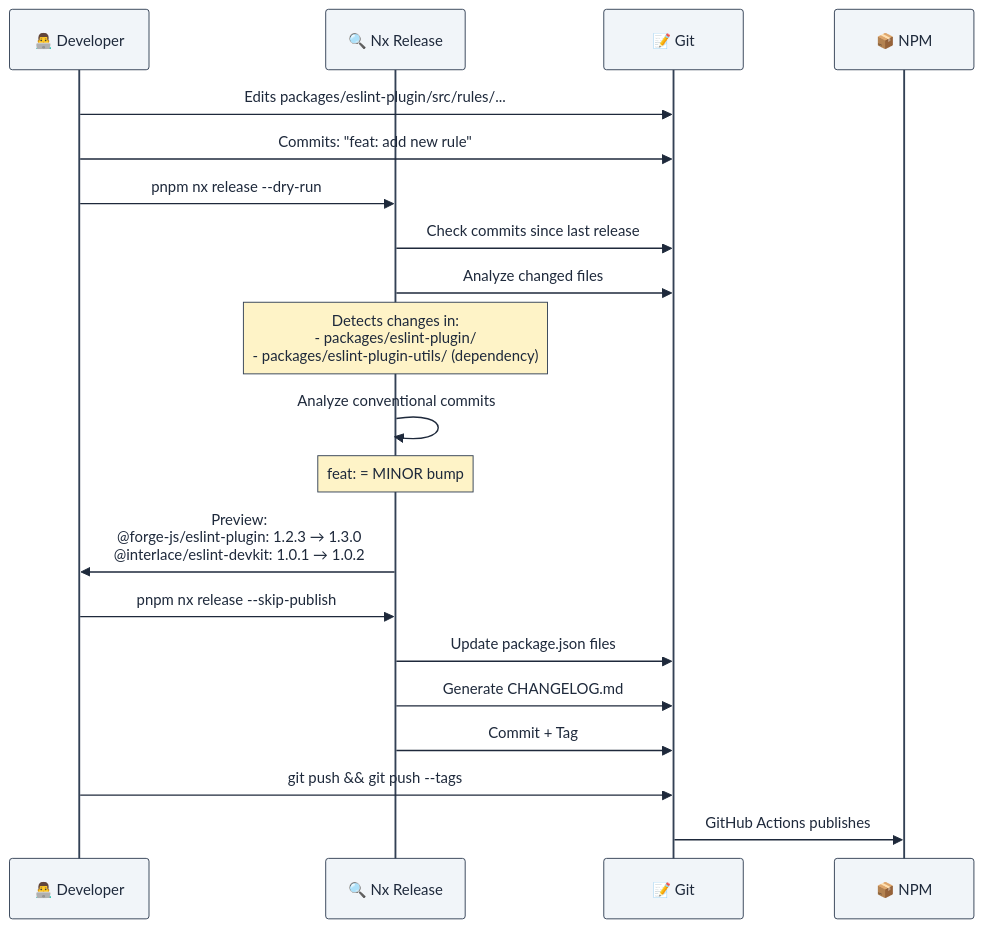
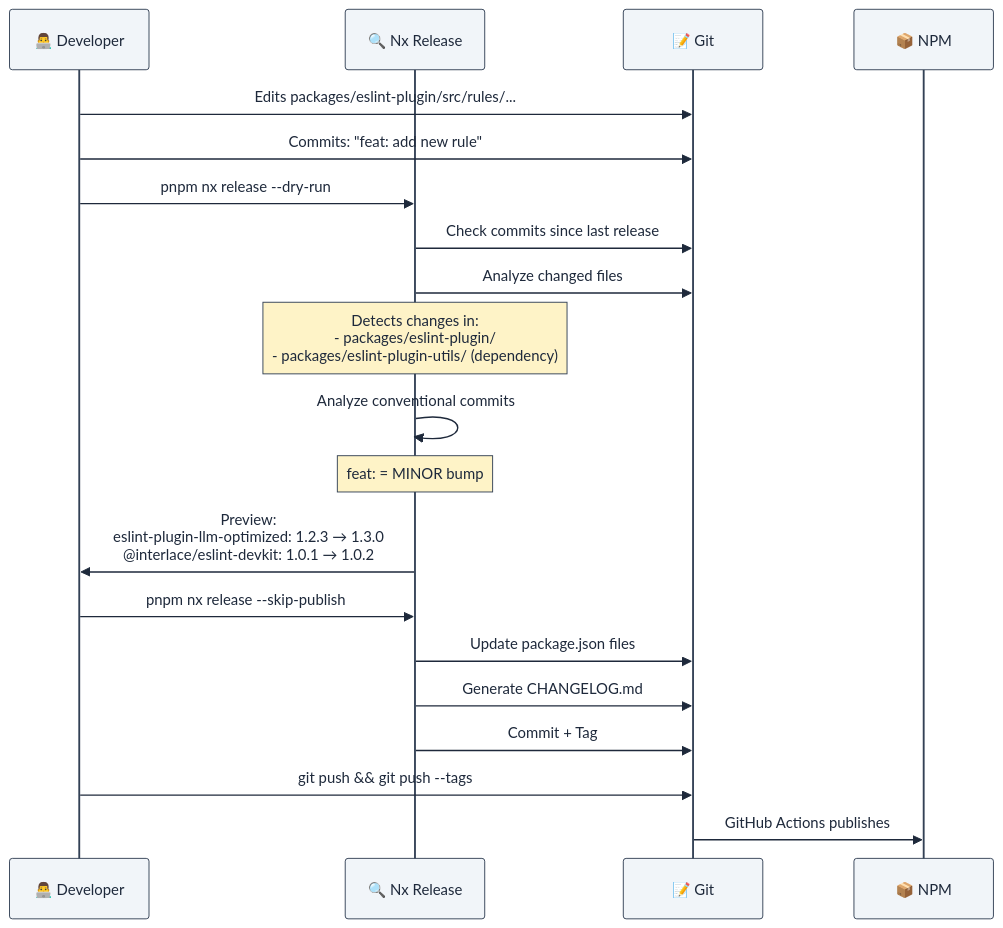
One commit to ofri-peretz/eslint changed the first of 3 diagrams in docs/CONTRIBUTING.md. Above: the diagram before and after it, drawn with Mermaid. The commit also changed other lines of this file and 133 other files, not shown here.

````diff
--- a/docs/CONTRIBUTING.md
+++ b/docs/CONTRIBUTING.md
@@ -13,49 +13,49 @@
 ```mermaid
 %%{init: {
   'theme': 'base',
   'themeVariables': {
     'primaryColor': '#f8fafc',
     'primaryTextColor': '#1e293b',
     'primaryBorderColor': '#334155',
     'lineColor': '#475569',
     'actorBkg': '#f1f5f9',
     'actorBorder': '#334155',
     'actorTextColor': '#1e293b',
     'signalColor': '#1e293b',
     'signalTextColor': '#1e293b',
     'activationBorderColor': '#2563eb',
     'activationBkgColor': '#dbeafe',
     'sequenceNumberColor': '#1e293b',
     'noteBorderColor': '#334155',
     'noteBkgColor': '#fef3c7',
     'noteTextColor': '#1e293b'
   }
 }}%%
 sequenceDiagram
     participant Dev as 👨‍💻 Developer
     participant Nx as 🔍 Nx Release
     participant Git as 📝 Git
     participant NPM as 📦 NPM
 
     Dev->>Git: Edits packages/eslint-plugin/src/rules/...
     Dev->>Git: Commits: "feat: add new rule"
 
     Dev->>Nx: pnpm nx release --dry-run
     Nx->>Git: Check commits since last release
     Nx->>Git: Analyze changed files
 
     Note over Nx: Detects changes in:<br/>- packages/eslint-plugin/<br/>- packages/eslint-plugin-utils/ (dependency)
 
     Nx->>Nx: Analyze conventional commits
     Note over Nx: feat: = MINOR bump
 
-    Nx->>Dev: Preview:<br/>@forge-js/eslint-plugin: 1.2.3 → 1.3.0<br/>@interlace/eslint-devkit: 1.0.1 → 1.0.2
+    Nx->>Dev: Preview:<br/>eslint-plugin-llm-optimized: 1.2.3 → 1.3.0<br/>@interlace/eslint-devkit: 1.0.1 → 1.0.2
 
     Dev->>Nx: pnpm nx release --skip-publish
     Nx->>Git: Update package.json files
     Nx->>Git: Generate CHANGELOG.md
     Nx->>Git: Commit + Tag
 
     Dev->>Git: git push && git push --tags
     Git->>NPM: GitHub Actions publishes
 ```
````
